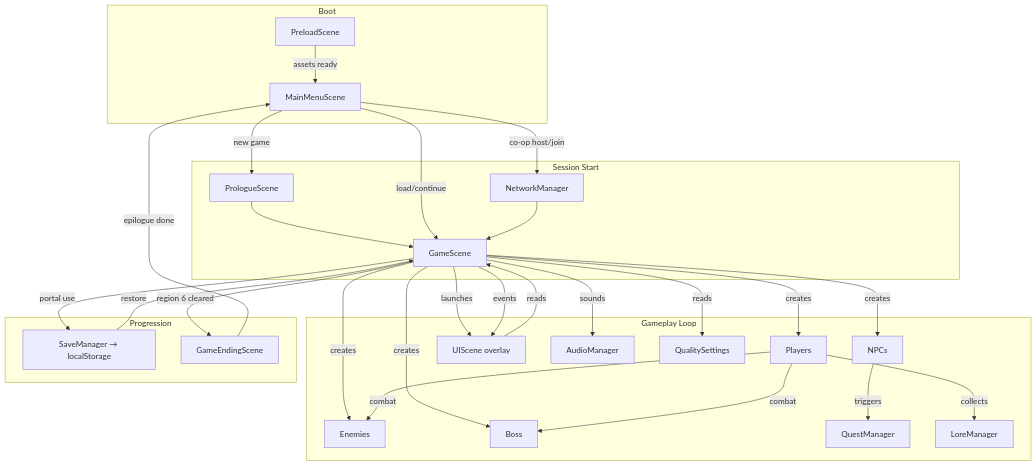
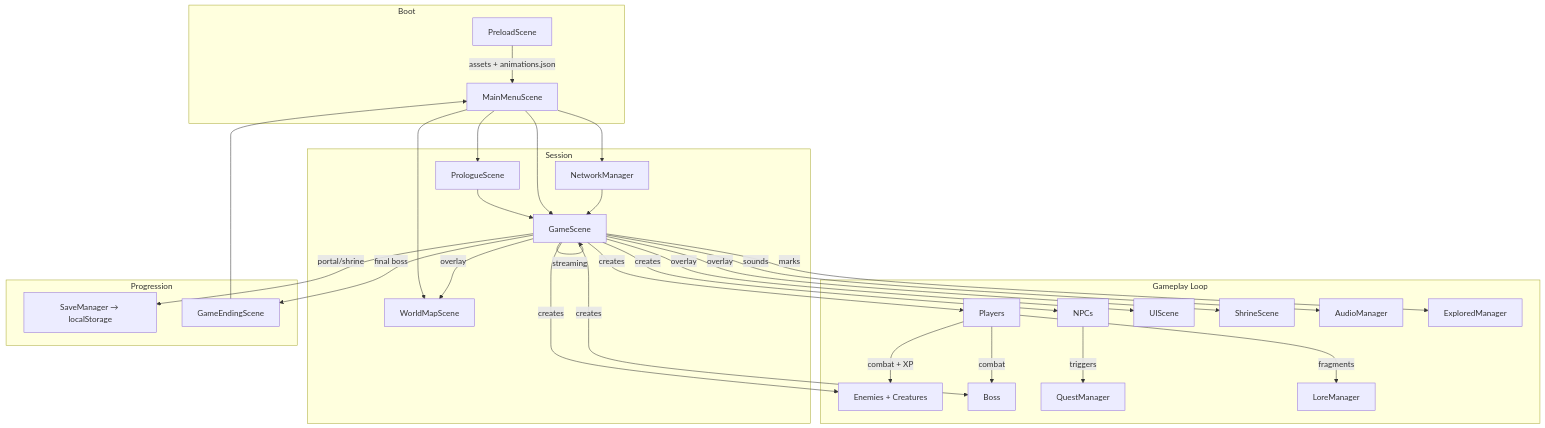
Before and after one commit to Shreyansh-Kushwaha/Dark-Star: diagram 16 of 16 in docs/TECHNICAL_OVERVIEW.md, drawn with Mermaid. The commit also changed other lines of this file and 2 other files, not shown here.

````diff
--- a/docs/TECHNICAL_OVERVIEW.md
+++ b/docs/TECHNICAL_OVERVIEW.md
@@ -794,37 +954,37 @@
 ```mermaid
 graph TB
     subgraph "Boot"
-        PRE[PreloadScene] -->|assets ready| MM[MainMenuScene]
+        PRE[PreloadScene] -->|assets + animations.json| MM[MainMenuScene]
     end
 
-    subgraph "Session Start"
-        MM -->|new game| PRO[PrologueScene] --> GS
-        MM -->|load/continue| GS[GameScene]
-        MM -->|co-op host/join| NM[NetworkManager] --> GS
+    subgraph "Session"
+        MM --> PRO[PrologueScene] --> GS
+        MM --> GS[GameScene]
+        MM --> WM[WorldMapScene]
+        MM --> NM[NetworkManager] --> GS
     end
 
     subgraph "Gameplay Loop"
+        GS -->|streaming| GS
         GS -->|creates| PL[Players]
-        GS -->|creates| EN[Enemies]
+        GS -->|creates| EN[Enemies + Creatures]
         GS -->|creates| BO[Boss]
         GS -->|creates| NP[NPCs]
-        GS -->|launches| UI[UIScene overlay]
+        GS -->|overlay| UI[UIScene]
+        GS -->|overlay| SH[ShrineScene]
+        GS -->|overlay| WM
 
-        PL -->|combat| EN
+        PL -->|combat + XP| EN
         PL -->|combat| BO
         NP -->|triggers| QM[QuestManager]
-        PL -->|collects| LO[LoreManager]
+        PL -->|fragments| LO[LoreManager]
         GS -->|sounds| AU[AudioManager]
-        GS -->|reads| QS[QualitySettings]
-
-        GS -->|events| UI
-        UI -->|reads| GS
+        GS -->|marks| EX[ExploredManager]
     end
 
     subgraph "Progression"
-        GS -->|portal use| SM[SaveManager → localStorage]
-        SM -->|restore| GS
-        GS -->|region 6 cleared| END[GameEndingScene]
-        END -->|epilogue done| MM
+        GS -->|portal/shrine| SM[SaveManager → localStorage]
+        GS -->|final boss| END[GameEndingScene]
+        END --> MM
     end
 ```
````
